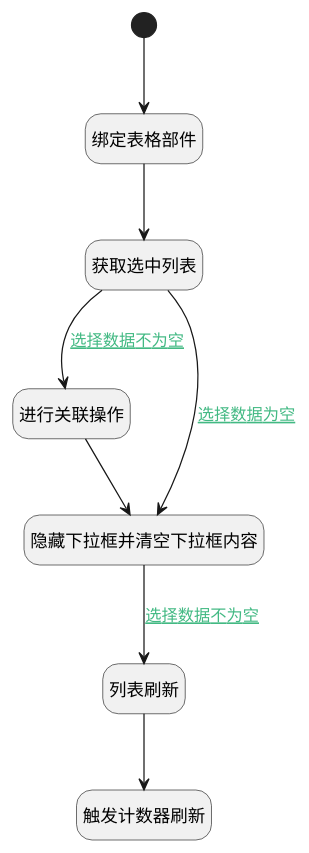
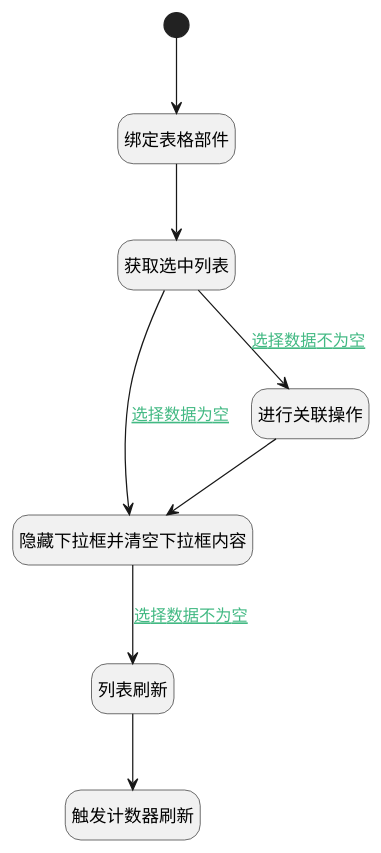
Before and after one commit to iBizLab/plm: the diagram in doc/docsify/module/Base/relation/uilogic/add_dependency.md, drawn with PlantUML. The commit also changed other lines of this file and 1473 other files, not shown here.

````diff
--- a/doc/docsify/module/Base/relation/uilogic/add_dependency.md
+++ b/doc/docsify/module/Base/relation/uilogic/add_dependency.md
@@ -7,30 +7,30 @@
 ```plantuml
 @startuml
 hide footbox
 <style>
 root {
   HyperlinkColor #42b983
 }
 </style>
 
 hide empty description
 state "开始" as Begin <<start>> [[$./add_dependency#begin {开始}]]
+state "列表刷新" as VIEWCTRLINVOKE1  [[$./add_dependency#viewctrlinvoke1 {列表刷新}]]
+state "触发计数器刷新" as RAWJSCODE3  [[$./add_dependency#rawjscode3 {触发计数器刷新}]]
 state "获取选中列表" as RAWJSCODE2  [[$./add_dependency#rawjscode2 {获取选中列表}]]
-state "进行关联操作" as DEACTION1  [[$./add_dependency#deaction1 {进行关联操作}]]
 state "绑定表格部件" as PREPAREJSPARAM1  [[$./add_dependency#preparejsparam1 {绑定表格部件}]]
 state "隐藏下拉框并清空下拉框内容" as RAWJSCODE1  [[$./add_dependency#rawjscode1 {隐藏下拉框并清空下拉框内容}]]
-state "触发计数器刷新" as RAWJSCODE3  [[$./add_dependency#rawjscode3 {触发计数器刷新}]]
-state "列表刷新" as VIEWCTRLINVOKE1  [[$./add_dependency#viewctrlinvoke1 {列表刷新}]]
+state "进行关联操作" as DEACTION1  [[$./add_dependency#deaction1 {进行关联操作}]]
 
 
 Begin --> PREPAREJSPARAM1
 PREPAREJSPARAM1 --> RAWJSCODE2
 RAWJSCODE2 --> DEACTION1 : [[$./add_dependency#rawjscode2-deaction1{选择数据不为空} 选择数据不为空]]
 DEACTION1 --> RAWJSCODE1
 RAWJSCODE1 --> VIEWCTRLINVOKE1 : [[$./add_dependency#rawjscode1-viewctrlinvoke1{选择数据不为空} 选择数据不为空]]
 VIEWCTRLINVOKE1 --> RAWJSCODE3
 RAWJSCODE2 --> RAWJSCODE1 : [[$./add_dependency#rawjscode2-rawjscode1{选择数据为空} 选择数据为空]]
 
 
 @enduml
 ```
````
